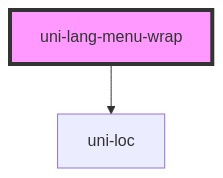
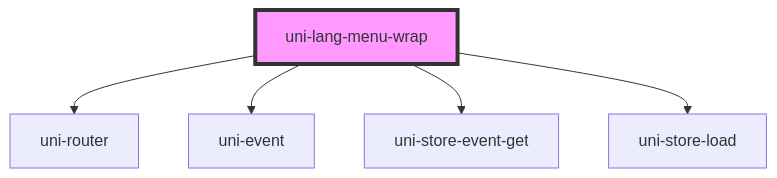
One commit to uiregex/uni-localize changed the diagram in src/lang-menu/components/wrap/readme.md. Above: the diagram before and after it, drawn with Mermaid. The commit also changed other lines of this file and 18 other files, not shown here.

````diff
--- a/src/lang-menu/components/wrap/readme.md
+++ b/src/lang-menu/components/wrap/readme.md
@@ -26,5 +30,8 @@
 ```mermaid
 graph TD;
-  uni-lang-menu-wrap --> uni-loc
+  uni-lang-menu-wrap --> uni-router
+  uni-lang-menu-wrap --> uni-event
+  uni-lang-menu-wrap --> uni-store-event-get
+  uni-lang-menu-wrap --> uni-store-load
   style uni-lang-menu-wrap fill:#f9f,stroke:#333,stroke-width:4px
 ```
````
